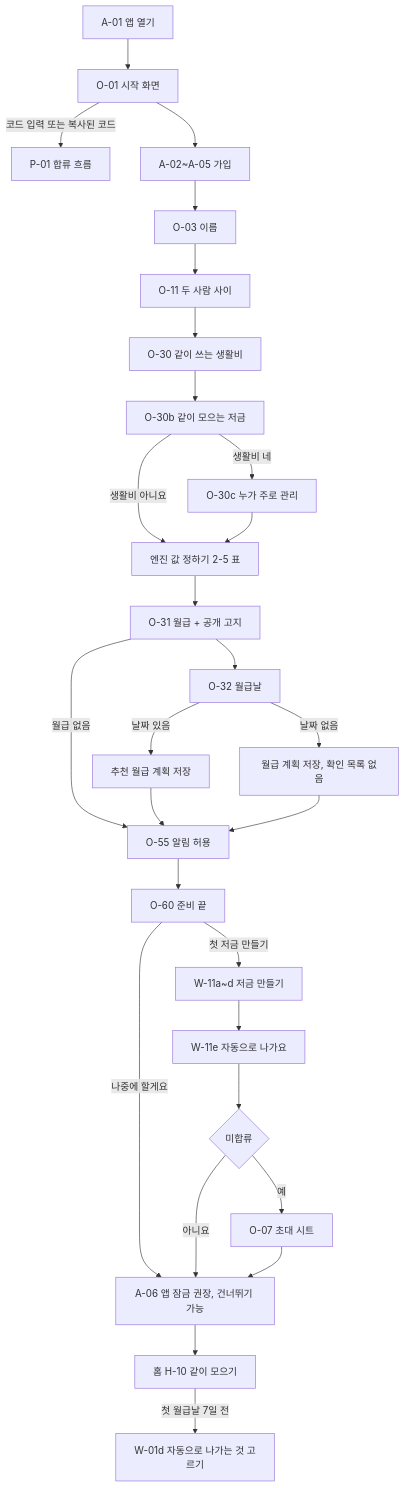
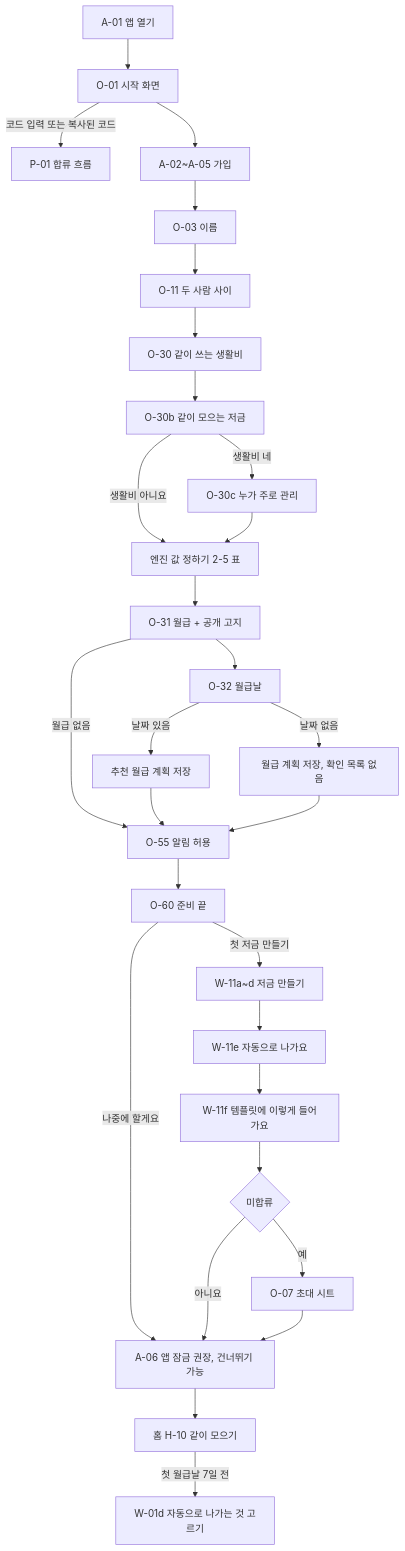
One commit to ooeabin/sweetwo changed the first of 4 diagrams in docs/spec/03-user-flow.md. Above: the diagram before and after it, drawn with Mermaid. The commit also changed other lines of this file and 14 other files, not shown here.

````diff
--- a/docs/spec/03-user-flow.md
+++ b/docs/spec/03-user-flow.md
@@ -41,30 +41,31 @@
 ```mermaid
 flowchart TD
   A01["A-01 앱 열기"] --> O01["O-01 시작 화면"]
   O01 -->|"코드 입력 또는 복사된 코드"| P01["P-01 합류 흐름"]
   O01 --> SIGN["A-02~A-05 가입"]
   SIGN --> O03["O-03 이름"]
   O03 --> O11["O-11 두 사람 사이"]
   O11 --> O30["O-30 같이 쓰는 생활비"]
   O30 --> O30B["O-30b 같이 모으는 저금"]
   O30B -->|"생활비 네"| O30C["O-30c 누가 주로 관리"]
   O30B -->|"생활비 아니요"| MAP
   O30C --> MAP["엔진 값 정하기 2-5 표"]
   MAP --> O31["O-31 월급 + 공개 고지"]
   O31 -->|"월급 없음"| O55
   O31 --> O32["O-32 월급날"]
   O32 -->|"날짜 있음"| PLAN["추천 월급 계획 저장"]
   O32 -->|"날짜 없음"| PLANX["월급 계획 저장, 확인 목록 없음"]
   PLAN --> O55["O-55 알림 허용"]
   PLANX --> O55
   O55 --> O60["O-60 준비 끝"]
   O60 -->|"첫 저금 만들기"| W11["W-11a~d 저금 만들기"]
   W11 --> W11E["W-11e 자동으로 나가요"]
+  W11E --> W11F["W-11f 템플릿에 이렇게 들어가요"]
   O60 -->|"나중에 할게요"| A06
-  W11E --> INV{"미합류"}
+  W11F --> INV{"미합류"}
   INV -->|"예"| O07["O-07 초대 시트"]
   INV -->|"아니요"| A06
   O07 --> A06["A-06 앱 잠금 권장, 건너뛰기 가능"]
   A06 --> HOME["홈 H-10 같이 모으기"]
   HOME -->|"첫 월급날 7일 전"| W01D["W-01d 자동으로 나가는 것 고르기"]
 ```
````
